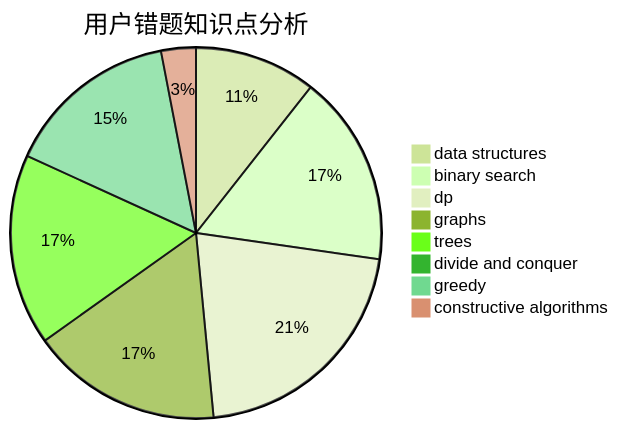
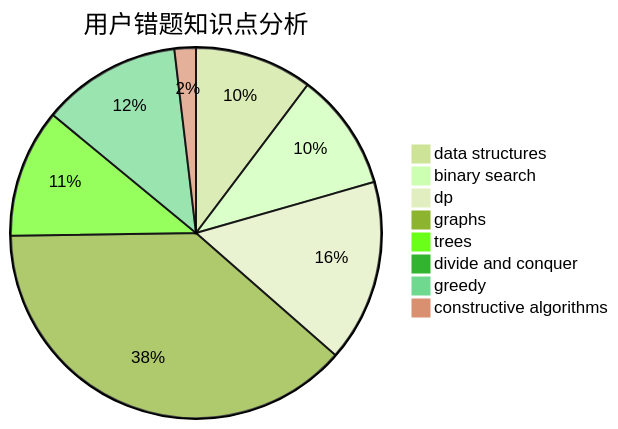
One commit to sherpahu/cfrs.github.io changed the third of 3 diagrams in docs/user/u2182.md. Above: the diagram before and after it, drawn with Mermaid (forest theme). The commit also changed other lines of this file and 2770 other files, not shown here.

````diff
--- a/docs/user/u2182.md
+++ b/docs/user/u2182.md
@@ -36,11 +36,11 @@
 ```mermaid
 pie title 用户错题知识点分析
-    "data structures" :  7
+    "data structures" :  11
     "binary search" :  11
-    "dp" :  14
-    "graphs" :  11
-    "trees" :  11
+    "dp" :  17
+    "graphs" :  41
+    "trees" :  12
     "divide and conquer" :  0
-    "greedy" :  10
+    "greedy" :  13
     "constructive algorithms" :  2
 ```
````
